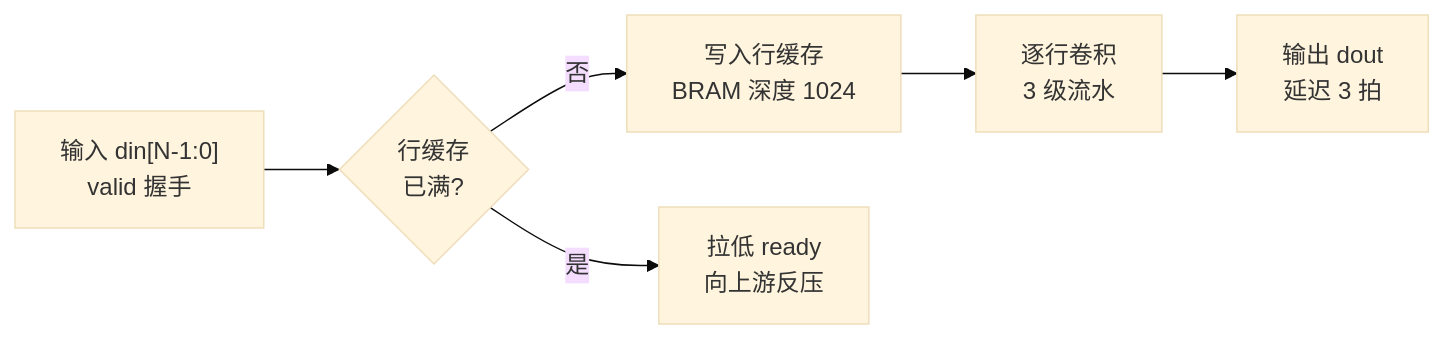
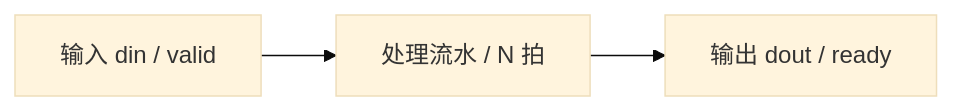
The diagram in presets/fpga-workbench/skills/fpga-module-spec/SKILL.md (fsk2142/dsh-fpga-workbench), drawn with Mermaid (base theme) before and after one commit. The commit also changed other lines of this file and 19 other files, not shown here.

````diff
--- a/presets/fpga-workbench/skills/fpga-module-spec/SKILL.md
+++ b/presets/fpga-workbench/skills/fpga-module-spec/SKILL.md
@@ -143,8 +66,5 @@
 ```mermaid
 flowchart LR
-  IN["输入 din[N-1:0]<br/>valid 握手"] --> WR{"行缓存<br/>已满?"}
-  WR -- "否" --> BRAM["写入行缓存<br/>BRAM 深度 1024"]
-  WR -- "是" --> BP["拉低 ready<br/>向上游反压"]
-  BRAM --> CORE["逐行卷积<br/>3 级流水"]
-  CORE --> OUT["输出 dout<br/>延迟 3 拍"]
+  IN["输入 din / valid"] --> CORE["处理流水 / N 拍"]
+  CORE --> OUT["输出 dout / ready"]
 ```
````
